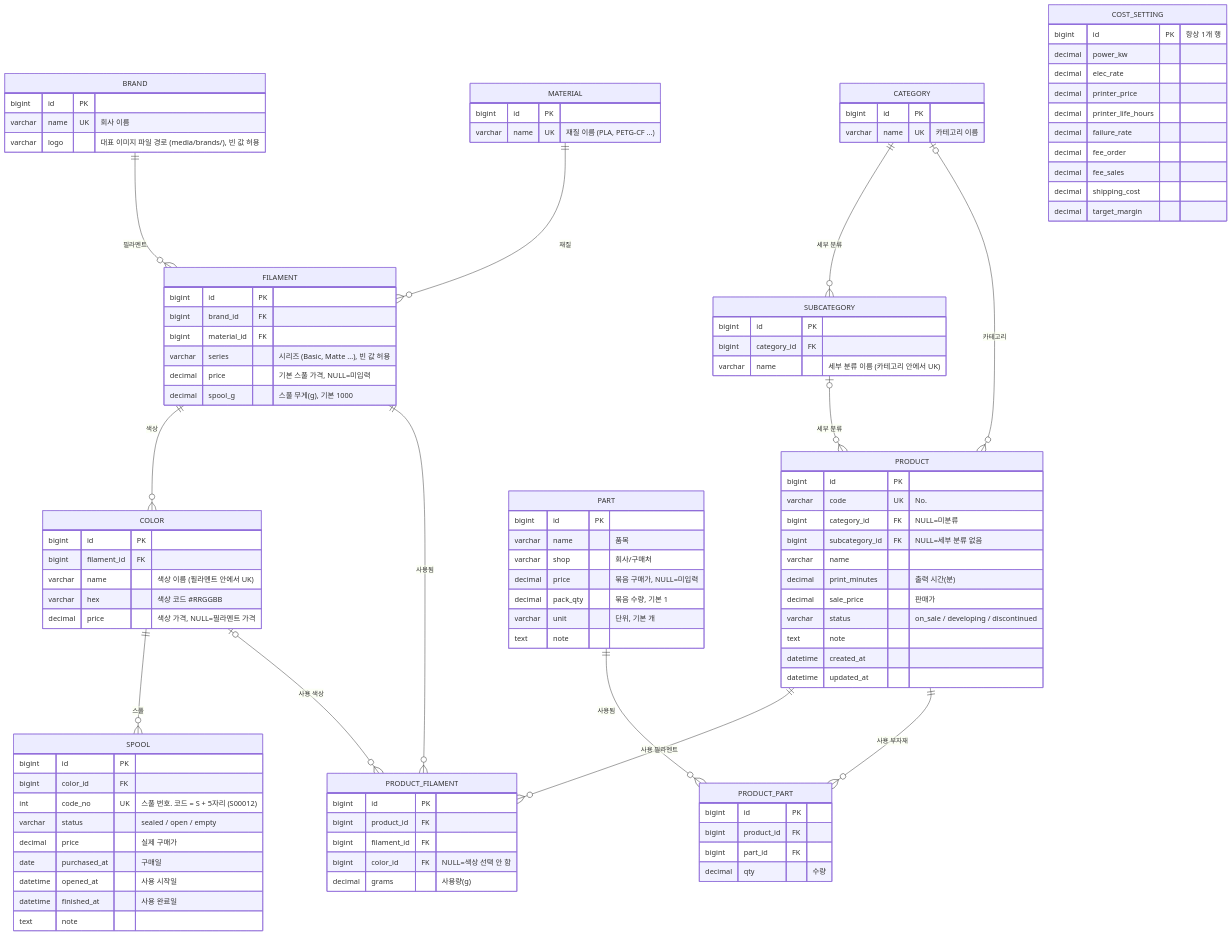
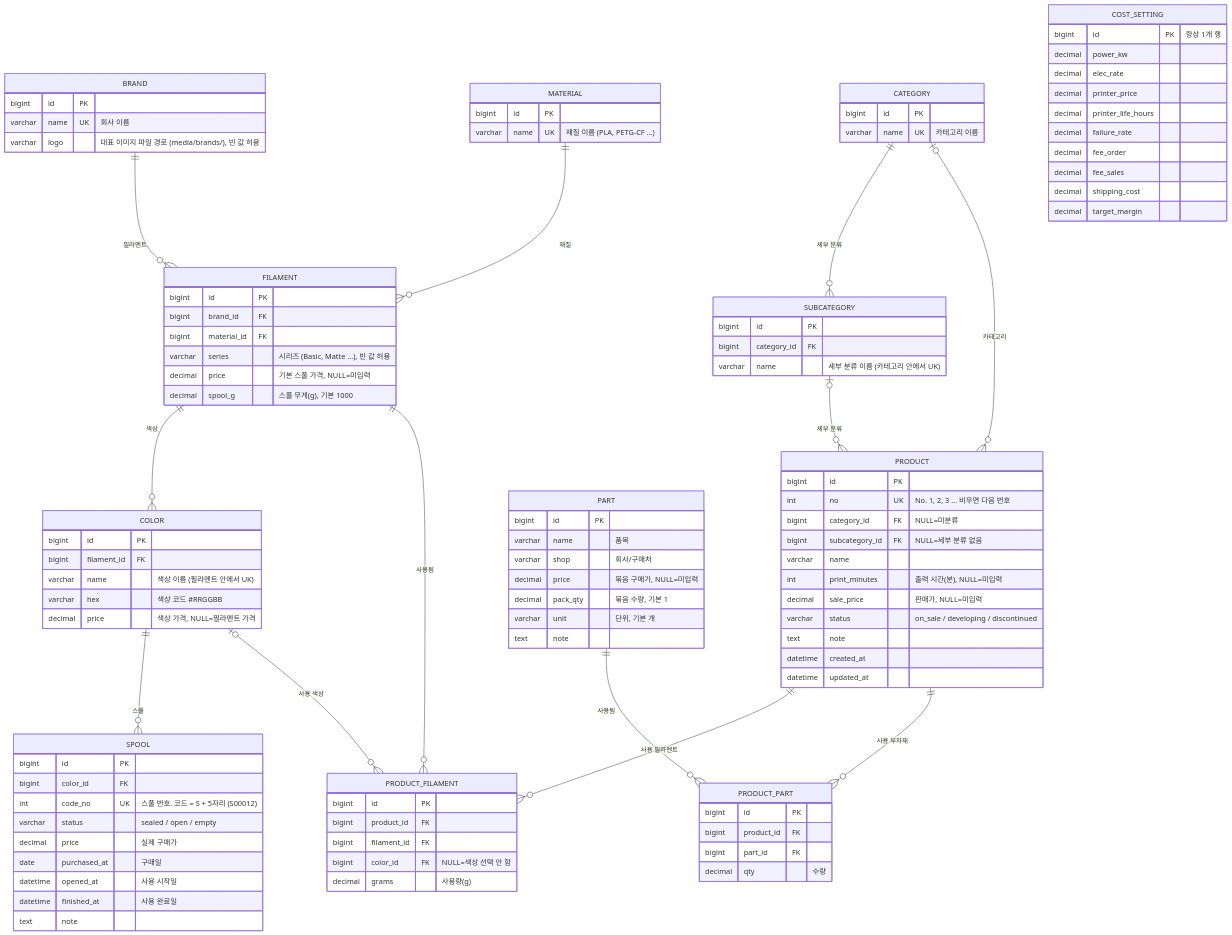
One commit to probeV/3D-Farm-Farm changed the diagram in docs/ERD.md. Above: the diagram before and after it, drawn with Mermaid. The commit also changed other lines of this file and 10 other files, not shown here.

```diff
--- a/docs/ERD.md
+++ b/docs/ERD.md
@@ -74,12 +74,12 @@
     }
     PRODUCT {
         bigint id PK
-        varchar code UK "No."
+        int no UK "No. 1, 2, 3 ... 비우면 다음 번호"
         bigint category_id FK "NULL=미분류"
         bigint subcategory_id FK "NULL=세부 분류 없음"
         varchar name
-        decimal print_minutes "출력 시간(분)"
-        decimal sale_price "판매가"
+        int print_minutes "출력 시간(분), NULL=미입력"
+        decimal sale_price "판매가, NULL=미입력"
         varchar status "on_sale / developing / discontinued"
         text note
         datetime created_at
```
